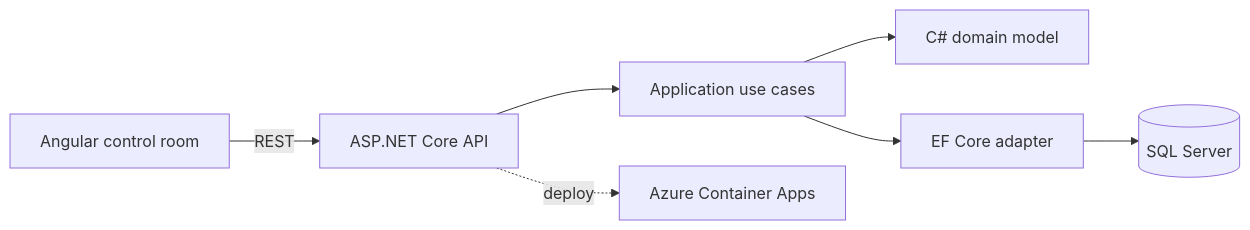
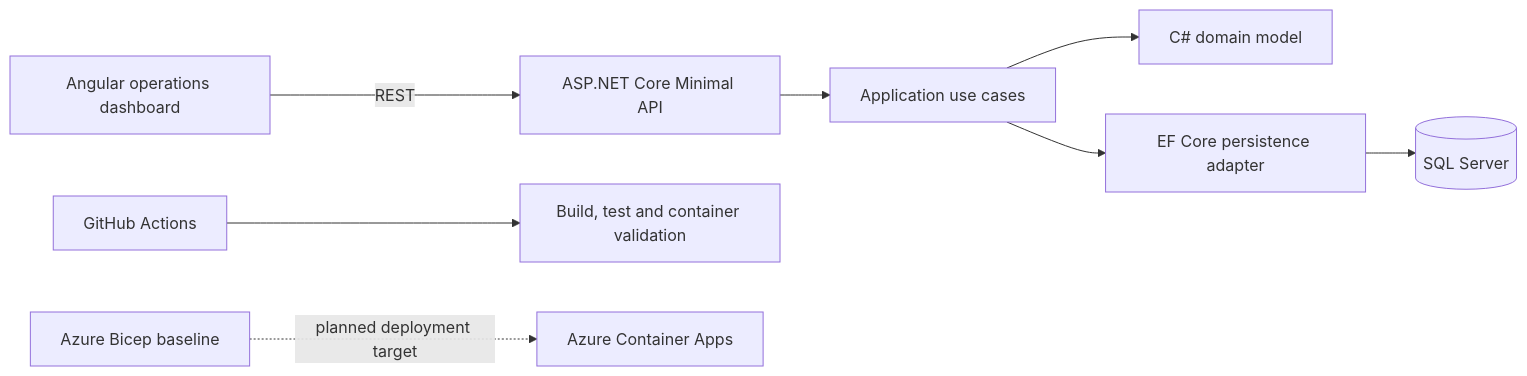
Before and after one commit to JinyanShao/helvetic-operations-platform: the diagram in README.md, drawn with Mermaid. The commit also changed other lines of this file, not shown here.

Commit message:
docs: clarify implemented baseline and Azure roadmap

````diff
--- a/README.md
+++ b/README.md
@@ -30,9 +32,11 @@
 ```mermaid
 flowchart LR
-    Angular[Angular control room] -->|REST| API[ASP.NET Core API]
+    Angular[Angular operations dashboard] -->|REST| API[ASP.NET Core Minimal API]
     API --> Application[Application use cases]
     Application --> Domain[C# domain model]
-    Application --> EF[EF Core adapter]
-    EF --> SQL[(SQL Server)]
-    API -. deploy .-> Azure[Azure Container Apps]
+    Application --> Persistence[EF Core persistence adapter]
+    Persistence --> SQL[(SQL Server)]
+
+    CI[GitHub Actions] --> Validation[Build, test and container validation]
+    Bicep[Azure Bicep baseline] -. planned deployment target .-> Azure[Azure Container Apps]
 ```
````
